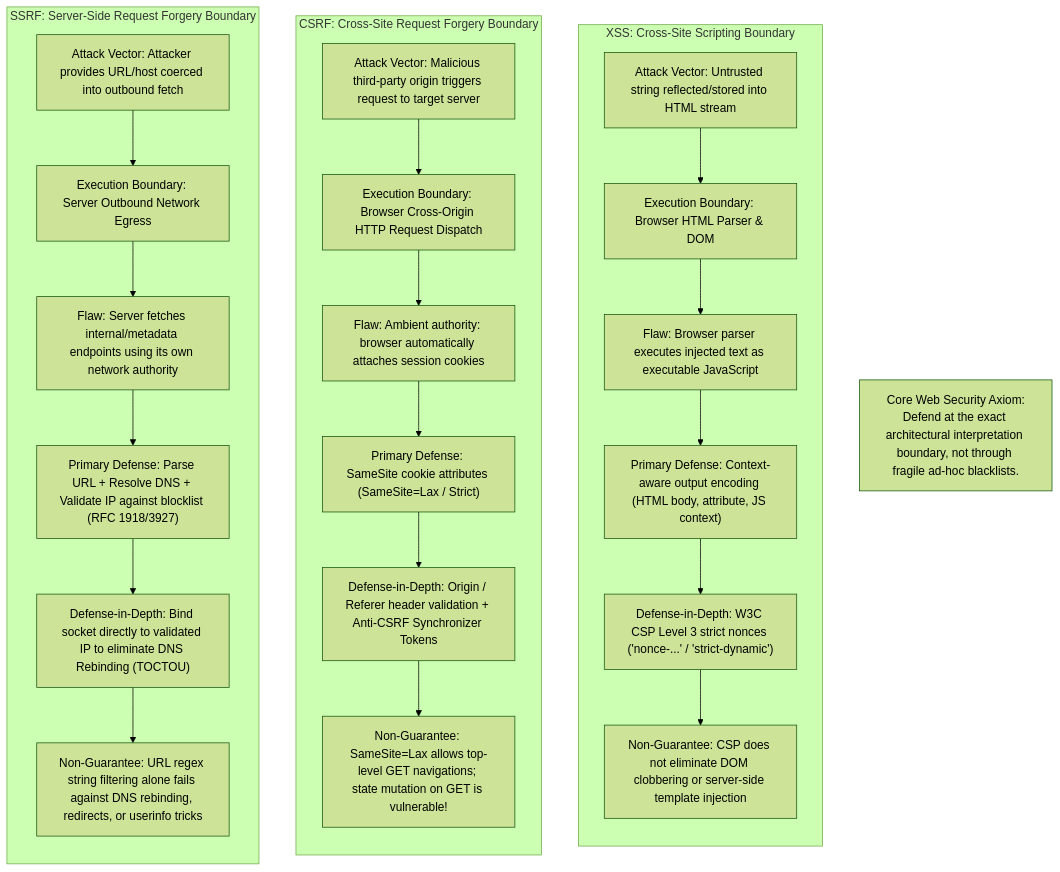
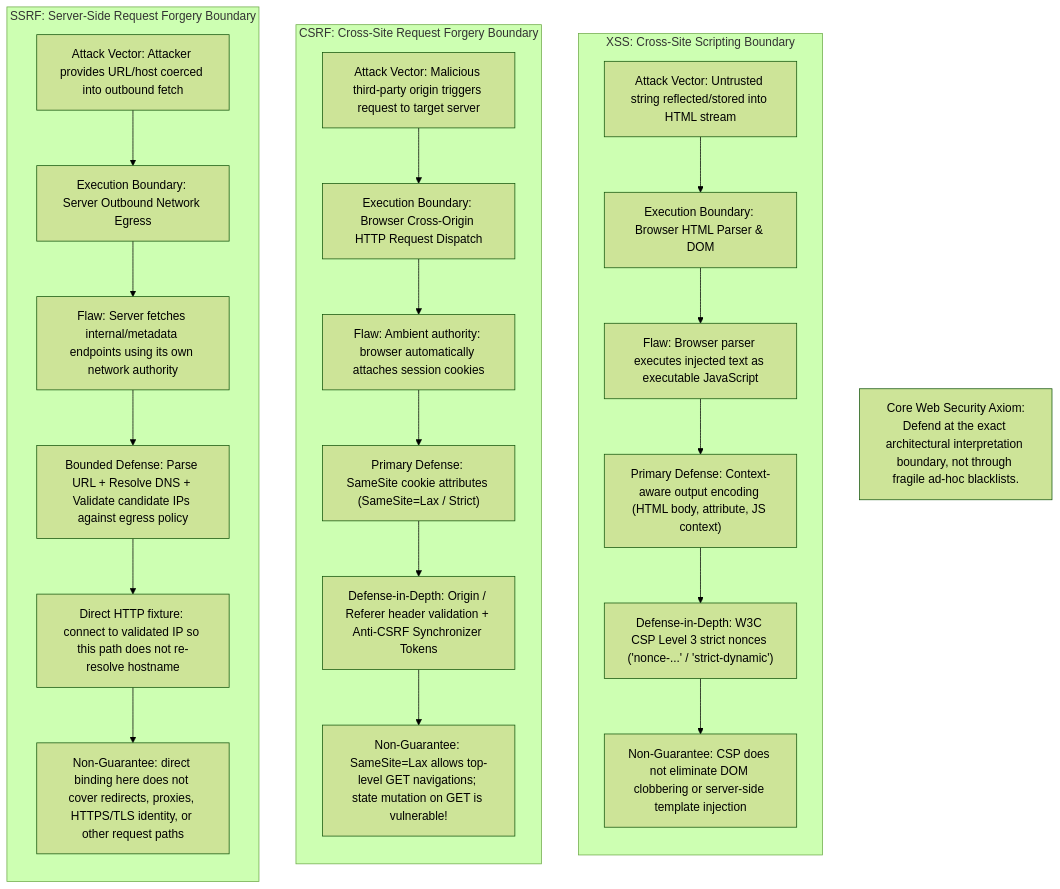
The diagram in book/22-security-synthesis-auth-composition/visuals/FIG-M22-04-browser-vulnerabilities-defenses.mmd (CN-JJB/essential-cs), drawn with Mermaid (forest theme) before and after one commit. The commit also changed 3 other files, not shown here.

```diff
--- a/book/22-security-synthesis-auth-composition/visuals/FIG-M22-04-browser-vulnerabilities-defenses.mmd
+++ b/book/22-security-synthesis-auth-composition/visuals/FIG-M22-04-browser-vulnerabilities-defenses.mmd
@@ -1,37 +1,37 @@
 %% FIG-M22-04 — Browser Vulnerabilities & Defensive Boundaries (XSS, CSRF, SSRF)
 %% Original, course-owned, editable Mermaid source for Essential CS.
 flowchart TB
     subgraph XSS["XSS: Cross-Site Scripting Boundary"]
         direction TB
         X1["Attack Vector: Untrusted string reflected/stored into HTML stream"]
         X2["Execution Boundary: Browser HTML Parser & DOM"]
         X3["Flaw: Browser parser executes injected text as executable JavaScript"]
         X4["Primary Defense: Context-aware output encoding (HTML body, attribute, JS context)"]
         X5["Defense-in-Depth: W3C CSP Level 3 strict nonces ('nonce-...' / 'strict-dynamic')"]
         X6["Non-Guarantee: CSP does not eliminate DOM clobbering or server-side template injection"]
         X1 --> X2 --> X3 --> X4 --> X5 --> X6
     end
 
     subgraph CSRF["CSRF: Cross-Site Request Forgery Boundary"]
         direction TB
         C1["Attack Vector: Malicious third-party origin triggers request to target server"]
         C2["Execution Boundary: Browser Cross-Origin HTTP Request Dispatch"]
         C3["Flaw: Ambient authority: browser automatically attaches session cookies"]
         C4["Primary Defense: SameSite cookie attributes (SameSite=Lax / Strict)"]
         C5["Defense-in-Depth: Origin / Referer header validation + Anti-CSRF Synchronizer Tokens"]
         C6["Non-Guarantee: SameSite=Lax allows top-level GET navigations; state mutation on GET is vulnerable!"]
         C1 --> C2 --> C3 --> C4 --> C5 --> C6
     end
 
     subgraph SSRF["SSRF: Server-Side Request Forgery Boundary"]
         direction TB
         S1["Attack Vector: Attacker provides URL/host coerced into outbound fetch"]
         S2["Execution Boundary: Server Outbound Network Egress"]
         S3["Flaw: Server fetches internal/metadata endpoints using its own network authority"]
-        S4["Primary Defense: Parse URL + Resolve DNS + Validate IP against blocklist (RFC 1918/3927)"]
-        S5["Defense-in-Depth: Bind socket directly to validated IP to eliminate DNS Rebinding (TOCTOU)"]
-        S6["Non-Guarantee: URL regex string filtering alone fails against DNS rebinding, redirects, or userinfo tricks"]
+        S4["Bounded Defense: Parse URL + Resolve DNS + Validate candidate IPs against egress policy"]
+        S5["Direct HTTP fixture: connect to validated IP so this path does not re-resolve hostname"]
+        S6["Non-Guarantee: direct binding here does not cover redirects, proxies, HTTPS/TLS identity, or other request paths"]
         S1 --> S2 --> S3 --> S4 --> S5 --> S6
     end
 
     N["Core Web Security Axiom:<br/>Defend at the exact architectural interpretation boundary, not through fragile ad-hoc blacklists."]
```
